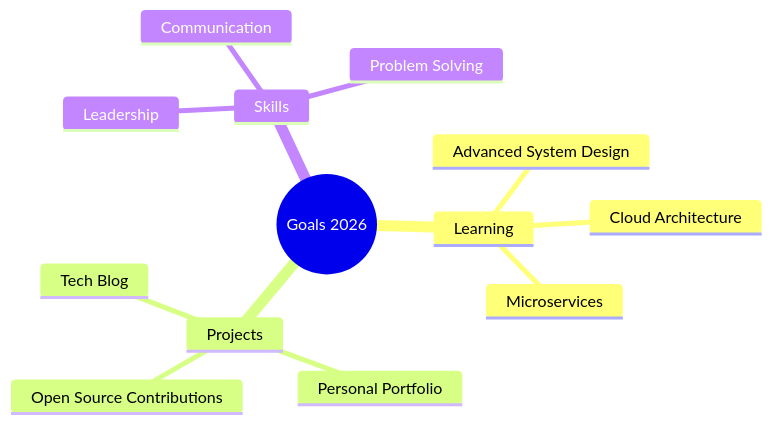
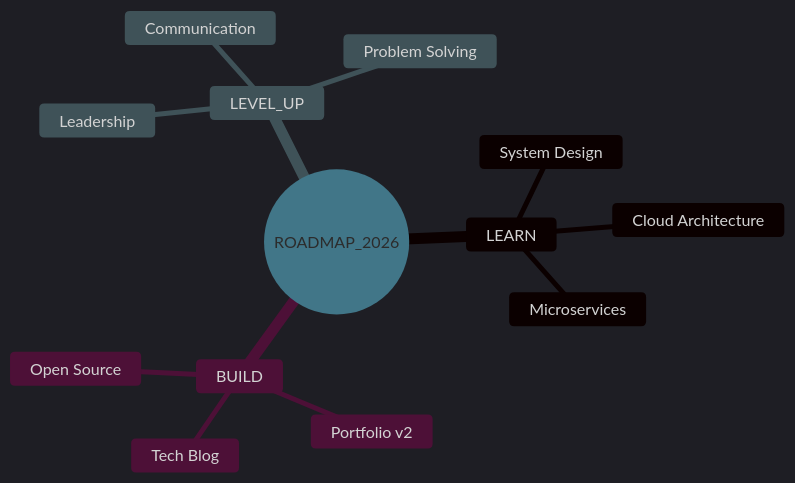
The diagram in README.md (BalamuruganT006/BalamuruganT006), drawn with Mermaid before and after one commit. The commit also changed other lines of this file, not shown here.

````diff
--- a/README.md
+++ b/README.md
@@ -123,16 +120,17 @@
 ```mermaid
+%%{init: {'theme':'dark', 'themeVariables': {'primaryColor':'#00F5FF','primaryTextColor':'#fff','lineColor':'#FF00E5','secondaryColor':'#203A43'}}}%%
 mindmap
-  root((Goals 2026))
-    Learning
-      Advanced System Design
+  root((ROADMAP_2026))
+    LEARN
+      System Design
       Cloud Architecture
       Microservices
-    Projects
-      Open Source Contributions
-      Personal Portfolio
+    BUILD
+      Open Source
+      Portfolio v2
       Tech Blog
-    Skills
+    LEVEL_UP
       Leadership
       Communication
       Problem Solving
 ```
````
